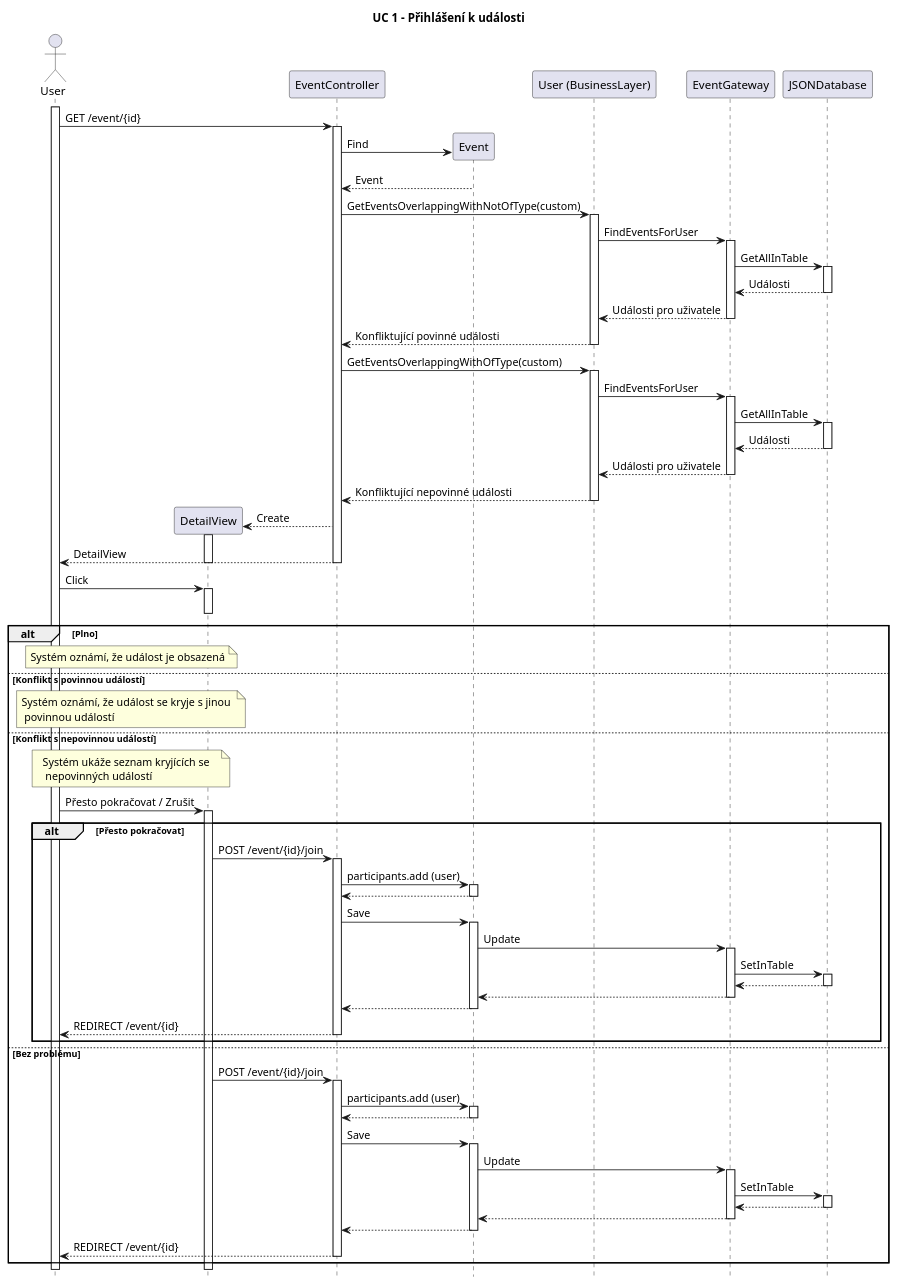
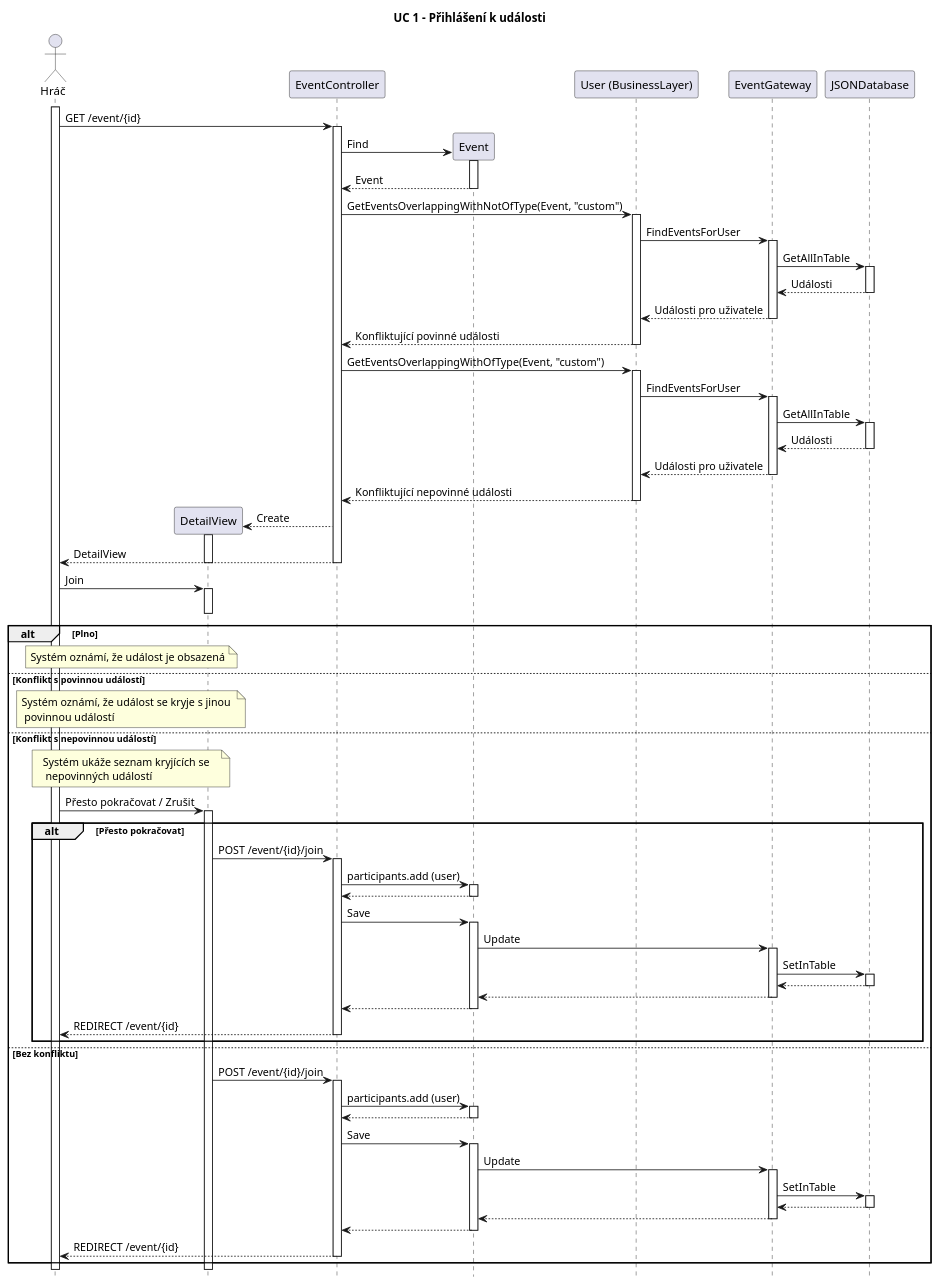
The diagram in UC1SequenceDiagram.puml (dminikm/EsportsIS), drawn with PlantUML before and after one commit. The commit also changed 4 other files, not shown here.

Commit message:
Diagram changes

```diff
--- a/UC1SequenceDiagram.puml
+++ b/UC1SequenceDiagram.puml
@@ -1,89 +1,90 @@
 @startuml
 
 hide footbox
 title UC 1 - Přihlášení k události
 
-actor "User" as U
+actor "Hráč" as U
 participant "DetailView" as DV
 participant "EventController" as EC
 participant "Event" as EV
 participant "User (BusinessLayer)" as UBL
 participant "EventGateway" as EG
 participant "JSONDatabase" as DB
 
 activate U
 autoactivate on
 
 U -> EC : GET /event/{id}
 
 ' Model Data
 EC -> EV ** : Find
+activate EV
 EC <-- EV : Event
 
 ' Required conflicts
 
-EC -> UBL : GetEventsOverlappingWithNotOfType(custom)
+EC -> UBL : GetEventsOverlappingWithNotOfType(Event, "custom")
 
 UBL -> EG : FindEventsForUser
 
 EG -> DB : GetAllInTable
 EG <-- DB : Události
 
 UBL <-- EG : Události pro uživatele
 
 EC <-- UBL : Konfliktující povinné události
 
 ' Optional conclicts
-EC -> UBL : GetEventsOverlappingWithOfType(custom)
+EC -> UBL : GetEventsOverlappingWithOfType(Event, "custom")
 
 UBL -> EG : FindEventsForUser
 
 EG -> DB : GetAllInTable
 EG <-- DB : Události
 
 UBL <-- EG : Události pro uživatele
 
 EC <-- UBL : Konfliktující nepovinné události
 
 ' Returns DetailView
 EC --> DV ** : Create
 activate DV
 U <-- EC : DetailView
 
 deactivate DV
-U -> DV : Click
+U -> DV : Join
 
 alt Plno
   	note over U,DV : Systém oznámí, že událost je obsazená
 else Konflikt s povinnou událostí
   	note over U, DV : Systém oznámí, že událost se kryje s jinou \n povinnou událostí
 else Konflikt s nepovinnou událostí
   	note over U, DV : Systém ukáže seznam kryjících se \n nepovinných událostí
     deactivate DV
 	U -> DV : Přesto pokračovat / Zrušit
 	alt Přesto pokračovat
     	DV -> EC : POST /event/{id}/join
         EC -> EV : participants.add (user)
         EC <-- EV :
         EC -> EV : Save
         EV -> EG : Update
         EG -> DB : SetInTable
         EG <-- DB :
         EV <-- EG :
         EC <-- EV :
         U <-- EC : REDIRECT /event/{id}
     end
-else Bez problému
+else Bez konfliktu
     DV -> EC : POST /event/{id}/join
     EC -> EV : participants.add (user)
     EC <-- EV :
     EC -> EV : Save
     EV -> EG : Update
     EG -> DB : SetInTable
     EG <-- DB :
     EV <-- EG :
     EC <-- EV :
     U <-- EC : REDIRECT /event/{id}
 end
 
 @enduml
```
